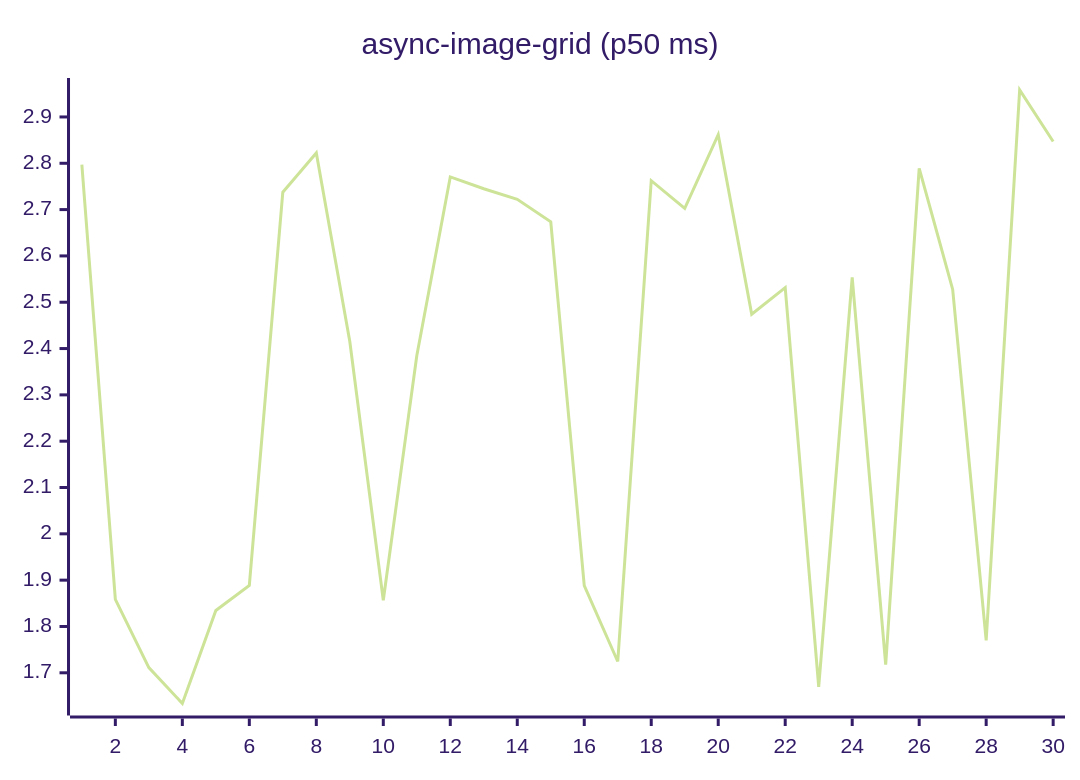
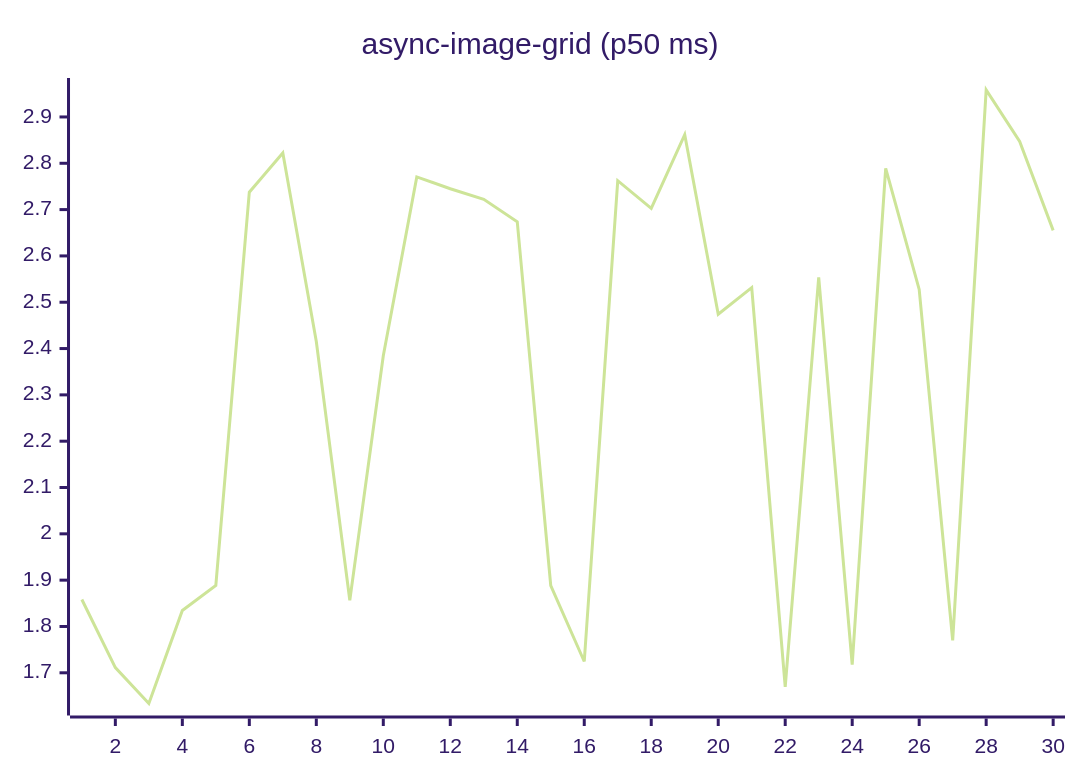
The fifth of 27 diagrams in README.md (josha/Facet), drawn with Mermaid (forest theme) before and after one commit. The commit also changed other lines of this file and 2 other files, not shown here.

````diff
--- a/README.md
+++ b/README.md
@@ -91,6 +91,6 @@
 ```mermaid
 xychart-beta
     title "async-image-grid (p50 ms)"
     x-axis 1 --> 30
-    line [2.7970, 1.8583, 1.7113, 1.6337, 1.8346, 1.8885, 2.7375, 2.8223, 2.4153, 1.8565, 2.3845, 2.7705, 2.7451, 2.7222, 2.6737, 1.8884, 1.7244, 2.7624, 2.7026, 2.8617, 2.4742, 2.5316, 1.6696, 2.5539, 1.7175, 2.7892, 2.5277, 1.7701, 2.9582, 2.8471]
+    line [1.8583, 1.7113, 1.6337, 1.8346, 1.8885, 2.7375, 2.8223, 2.4153, 1.8565, 2.3845, 2.7705, 2.7451, 2.7222, 2.6737, 1.8884, 1.7244, 2.7624, 2.7026, 2.8617, 2.4742, 2.5316, 1.6696, 2.5539, 1.7175, 2.7892, 2.5277, 1.7701, 2.9582, 2.8471, 2.6552]
 ```
````
